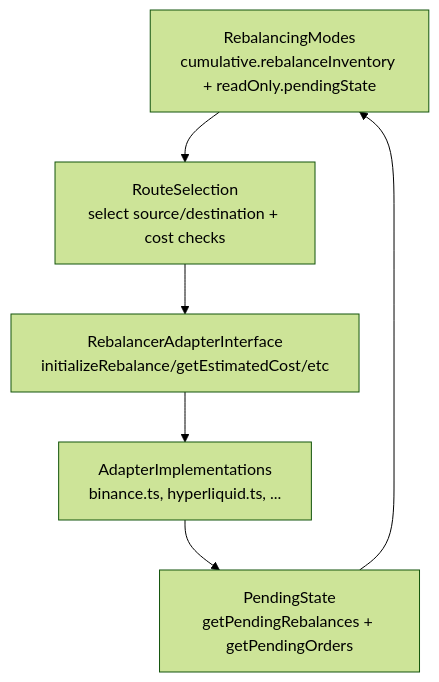
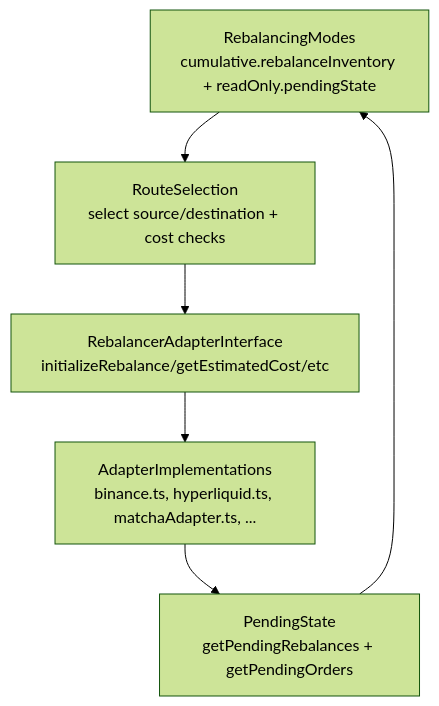
The diagram in docs/rebalancer-mode-adapter-architecture.md (across-protocol/relayer), drawn with Mermaid (forest theme) before and after one commit. The commit also changed 11 other files, not shown here.

Commit message:
feat(RebalancerClient): introduce matcha adapter for DEX swaps

````diff
--- a/docs/rebalancer-mode-adapter-architecture.md
+++ b/docs/rebalancer-mode-adapter-architecture.md
@@ -50,14 +50,14 @@
 ```mermaid
 flowchart TD
   modeLogic["RebalancingModes\ncumulative.rebalanceInventory + readOnly.pendingState"]
   routeSelection["RouteSelection\nselect source/destination + cost checks"]
   adapterInterface["RebalancerAdapterInterface\ninitializeRebalance/getEstimatedCost/etc"]
-  adapterImpls["AdapterImplementations\nbinance.ts, hyperliquid.ts, ..."]
+  adapterImpls["AdapterImplementations\nbinance.ts, hyperliquid.ts, matchaAdapter.ts, ..."]
   pendingState["PendingState\ngetPendingRebalances + getPendingOrders"]
 
   modeLogic --> routeSelection
   routeSelection --> adapterInterface
   adapterInterface --> adapterImpls
   adapterImpls --> pendingState
   pendingState --> modeLogic
 ```
````
